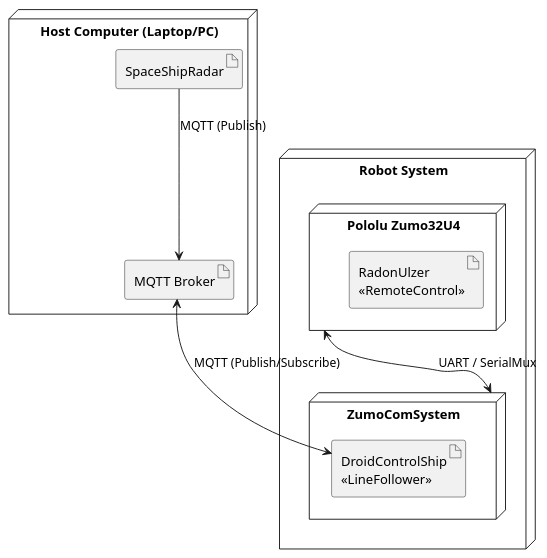
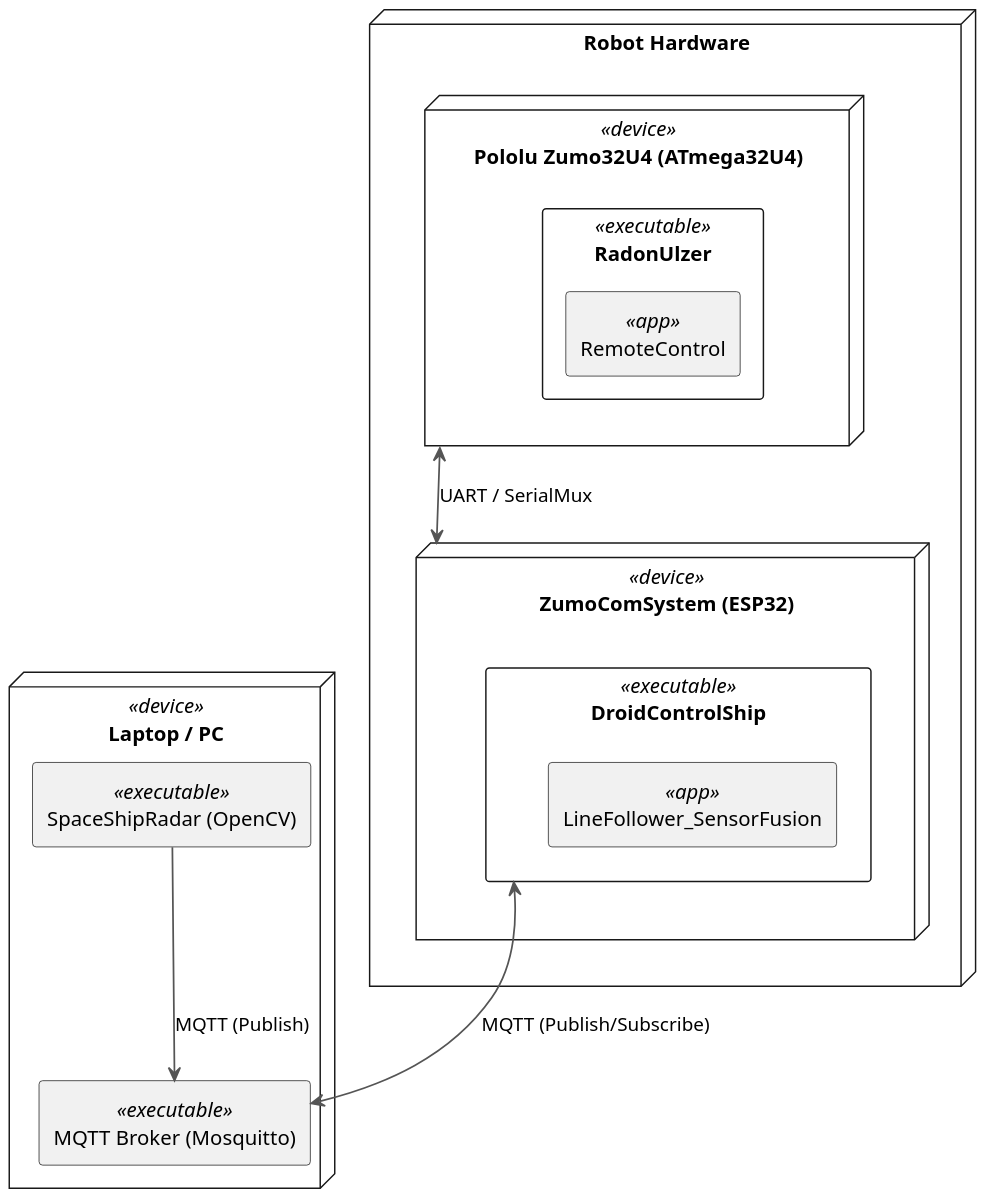
Before and after one commit to BlueAndi/DroidControlShip: the diagram in doc/SensorFusion/architecture/DeploymentDiagram_RealWorld_SensorFusion.puml, drawn with PlantUML. The commit also changed 3 other files, not shown here.

Commit message:
Deployment Diagram for RealWorld and Simulation (Webots)

```diff
--- a/doc/SensorFusion/architecture/DeploymentDiagram_RealWorld_SensorFusion.puml
+++ b/doc/SensorFusion/architecture/DeploymentDiagram_RealWorld_SensorFusion.puml
@@ -1,21 +1,37 @@
-@startuml DeploymentDiagram
+@startuml ZumoReal_MQTT
+skinparam dpi 150
+skinparam componentStyle rectangle
+skinparam ArrowColor #555
+skinparam ArrowThickness 1.2
+skinparam defaultFontName Helvetica
 
-node "Host Computer (Laptop/PC)" as HOST {
-  artifact "SpaceShipRadar" as SSR
-  artifact "MQTT Broker" as BROKER
+
+
+node "Robot Hardware" {
+node "ZumoComSystem (ESP32)" <<device>> as ZCS {
+    component "DroidControlShip" <<executable>> as DCS {
+    component "LineFollower_SensorFusion" <<app>> as LineFollowerApp
+    }
 }
 
-node "Robot System" as ROBOT {
-  node "ZumoComSystem" as ZCS {
-    artifact "DroidControlShip\n<<LineFollower>>" as DCS
-  }
-  node "Pololu Zumo32U4" as ZUMO {
-    artifact "RadonUlzer\n<<RemoteControl>>" as RU
-  }
+node "Pololu Zumo32U4 (ATmega32U4)" <<device>> as ZUMO {
+    component "RadonUlzer" <<executable>> as RadonUlzer {
+    component "RemoteControl" <<app>> as RemoteControlApp
+    }
+}
 }
 
+node "Laptop / PC" <<device>> as HOST {
+    component "MQTT Broker (Mosquitto)" <<executable>> as BROKER
+    component "SpaceShipRadar (OpenCV)" <<executable>> as SSR
+}
+
+
+' ==== Datenverbindungen ====
+ZUMO <--> ZCS : UART / SerialMux
+DCS <--> BROKER : MQTT (Publish/Subscribe)
 SSR --> BROKER : MQTT (Publish)
-BROKER <--> DCS     : MQTT (Publish/Subscribe)
-ZUMO  <--> ZCS         : UART / SerialMux
+
+
 
 @enduml
```
